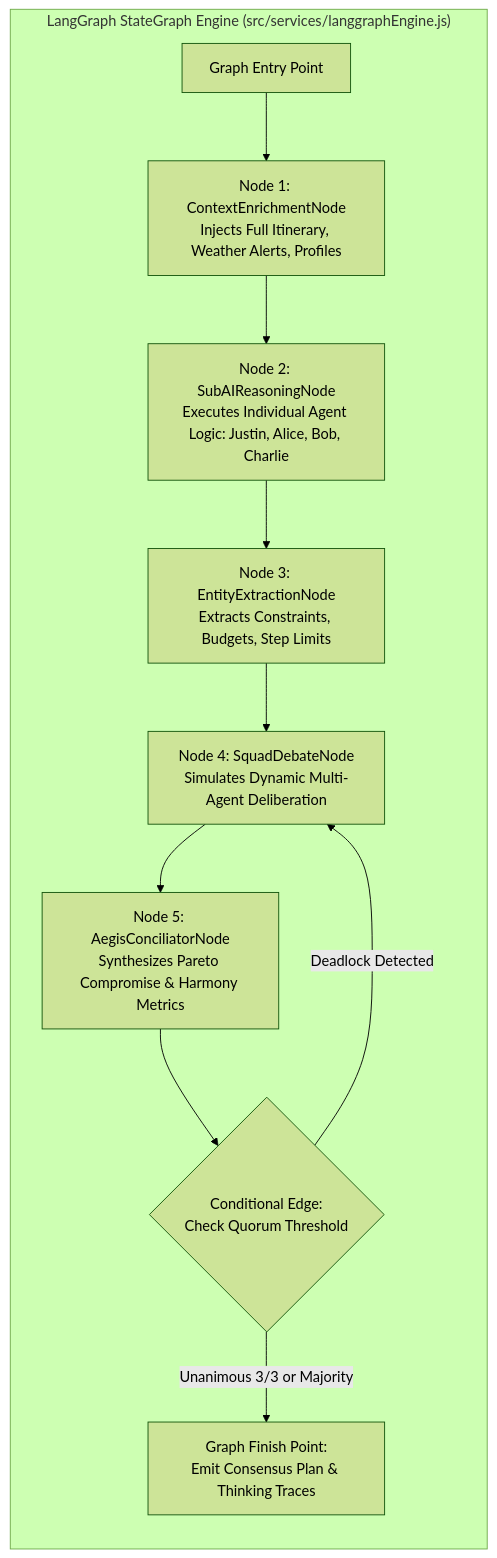
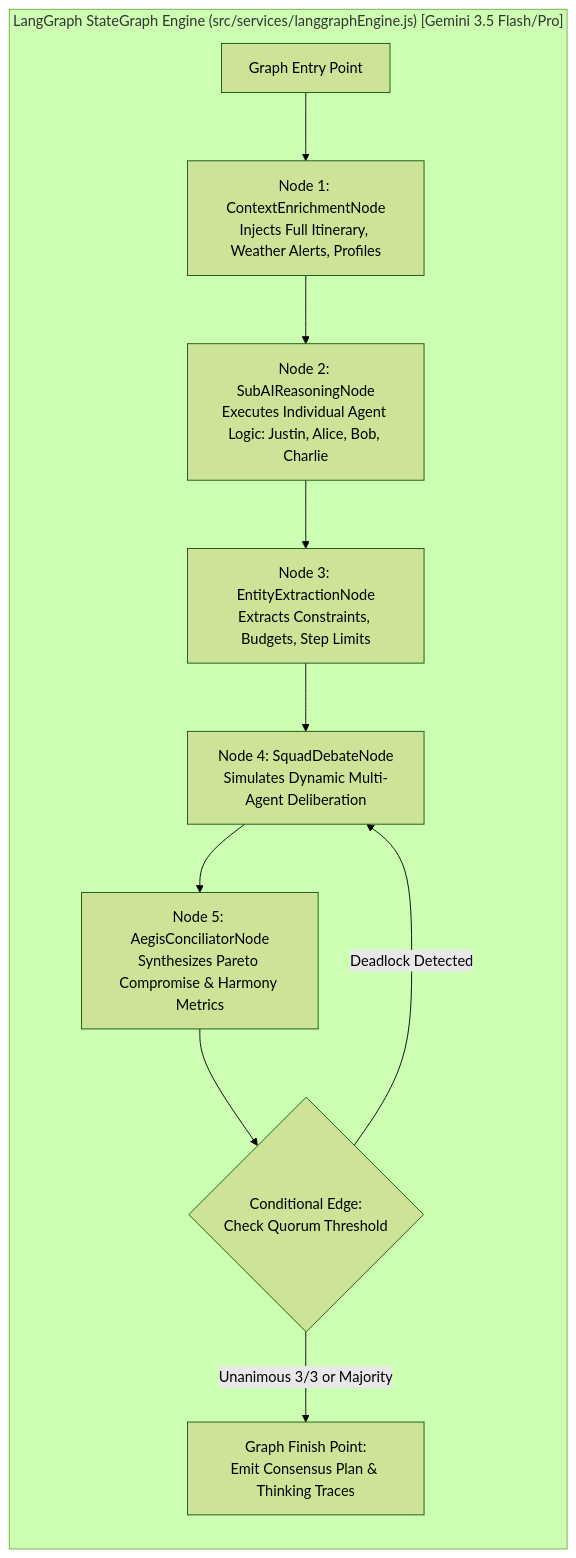
One commit to coderJT/prototype-travel changed the second of 8 diagrams in README.md. Above: the diagram before and after it, drawn with Mermaid (forest theme). The commit also changed other lines of this file and 1 other file, not shown here.

````diff
--- a/README.md
+++ b/README.md
@@ -174,14 +191,14 @@
 ```mermaid
 graph TD
-    subgraph "LangGraph StateGraph Engine (src/services/langgraphEngine.js)"
+    subgraph "LangGraph StateGraph Engine (src/services/langgraphEngine.js) [Gemini 3.5 Flash/Pro]"
         direction TB
         Entry[Graph Entry Point] --> Node1[Node 1: ContextEnrichmentNode<br>Injects Full Itinerary, Weather Alerts, Profiles]
         Node1 --> Node2[Node 2: SubAIReasoningNode<br>Executes Individual Agent Logic: Justin, Alice, Bob, Charlie]
         Node2 --> Node3[Node 3: EntityExtractionNode<br>Extracts Constraints, Budgets, Step Limits]
         Node3 --> Node4[Node 4: SquadDebateNode<br>Simulates Dynamic Multi-Agent Deliberation]
         Node4 --> Node5[Node 5: AegisConciliatorNode<br>Synthesizes Pareto Compromise & Harmony Metrics]
         Node5 --> EdgeCond{Conditional Edge:<br>Check Quorum Threshold}
         EdgeCond -->|Unanimous 3/3 or Majority| Finish[Graph Finish Point:<br>Emit Consensus Plan & Thinking Traces]
         EdgeCond -->|Deadlock Detected| Node4
     end
 ```
````
